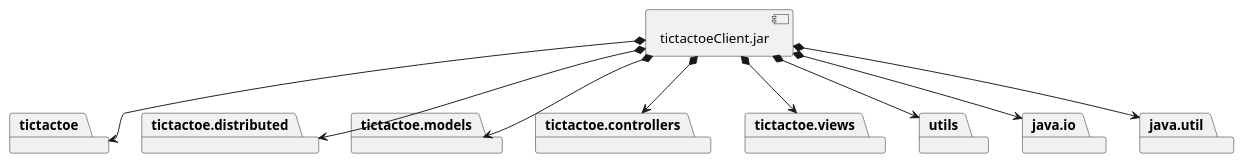
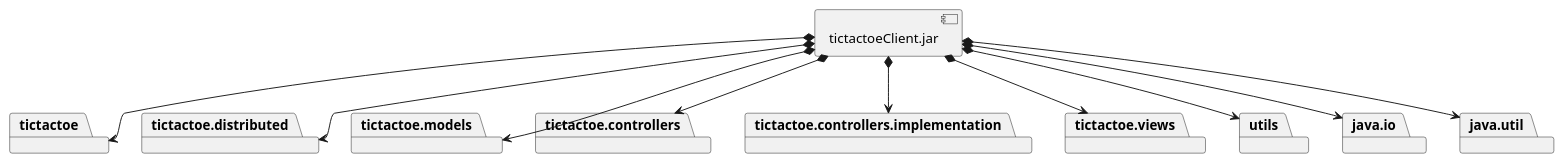
One commit to x-USantaTecla-game-ticTacToe/java changed the fourth of 6 diagrams in docs/src/docs/asciidoc/index.adoc. Above: the diagram before and after it, drawn with PlantUML. The commit also changed other lines of this file and 67 other files, not shown here.

```diff
--- a/docs/src/docs/asciidoc/index.adoc
+++ b/docs/src/docs/asciidoc/index.adoc
@@ -1055,32 +1199,35 @@
 [plantuml,diagramaImplementacionClient,svg]
 ....
 
 package "  "  as tictactoe {
 }
 package "  "  as tictactoe.distributed {
 }
 package "  "  as tictactoe.models {
 }
 package "  "  as tictactoe.controllers {
+}
+package "  "  as tictactoe.controllers.implementation {
 }
 package "  "  as tictactoe.views {
 }
 package "  "  as utils {
 }
 package "  "  as java.io {
 }
 package "  "  as java.util {
 }
 
 [tictactoeClient.jar] as jarClient
 
 jarClient *--> tictactoe
 jarClient *--> tictactoe.distributed
 jarClient *--> tictactoe.models
 jarClient *--> tictactoe.controllers
+jarClient *--> tictactoe.controllers.implementation
 jarClient *--> tictactoe.views
 jarClient *--> utils
 jarClient *--> java.io
 jarClient *--> java.util
 
 ....
```
